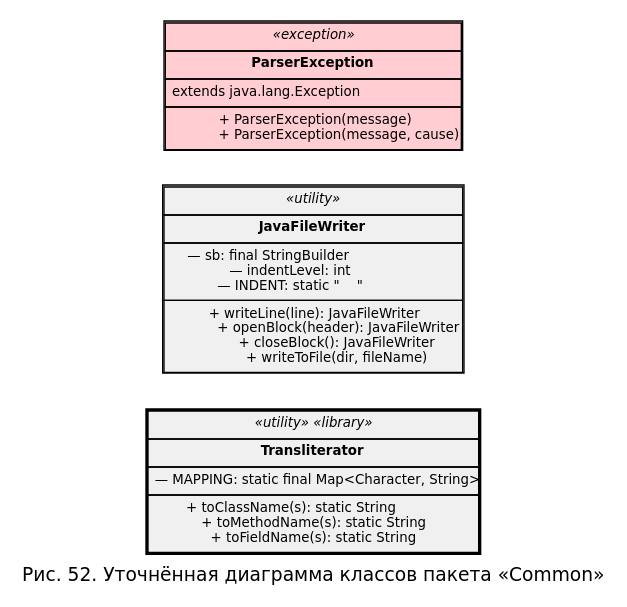
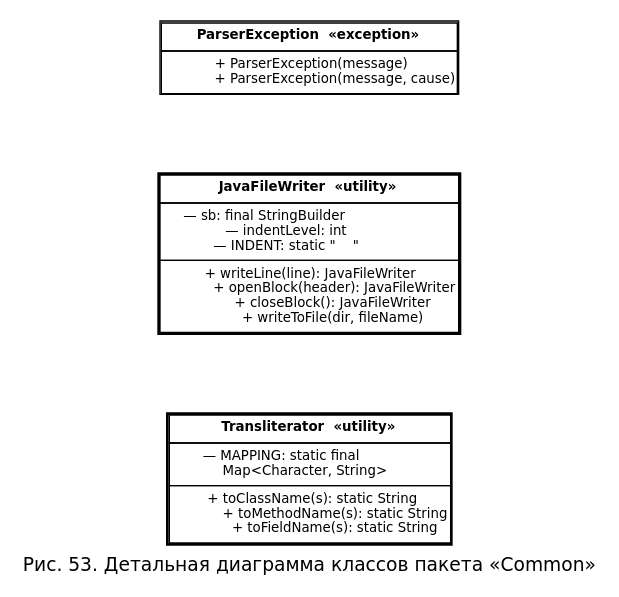
One commit to nastolbov/AutoTestGeneratorUpdate changed the diagram in diagrams/cls_common_detail.dot. Above: the diagram before and after it, drawn with Graphviz. The commit also changed 37 other files, not shown here.

```diff
--- a/diagrams/cls_common_detail.dot
+++ b/diagrams/cls_common_detail.dot
@@ -1,35 +1,29 @@
-digraph ClsCommon {
-    rankdir=LR;
-    fontname="DejaVu Sans";
-    label="Рис. 52. Уточнённая диаграмма классов пакета «Common»";
-    labelloc="b";
-    fontsize=14;
-
+digraph CD {
+    rankdir=LR; fontname="DejaVu Sans"; fontsize=14;
+    label="Рис. 53. Детальная диаграмма классов пакета «Common»"; labelloc=b;
+    nodesep=0.7;
     node [fontname="DejaVu Sans", fontsize=10, shape=plaintext];
 
-    Transliterator [label=<<TABLE BORDER="2" CELLBORDER="1" CELLSPACING="0" CELLPADDING="4" BGCOLOR="#F0F0F0">
-        <TR><TD><I>«utility» «library»</I></TD></TR>
-        <TR><TD><B>Transliterator</B></TD></TR>
-        <TR><TD ALIGN="LEFT">— MAPPING: static final Map&lt;Character, String&gt;</TD></TR>
+    Transl [label=<<TABLE BORDER="2" CELLBORDER="1" CELLSPACING="0" CELLPADDING="4" BGCOLOR="white">
+        <TR><TD><B>Transliterator  «utility»</B></TD></TR>
+        <TR><TD ALIGN="LEFT">— MAPPING: static final<BR/>
+            Map&lt;Character, String&gt;</TD></TR>
         <TR><TD ALIGN="LEFT">+ toClassName(s): static String<BR/>
             + toMethodName(s): static String<BR/>
             + toFieldName(s): static String</TD></TR></TABLE>>];
 
-    JavaFileWriter [label=<<TABLE BORDER="1" CELLBORDER="1" CELLSPACING="0" CELLPADDING="4" BGCOLOR="#F0F0F0">
-        <TR><TD><I>«utility»</I></TD></TR>
-        <TR><TD><B>JavaFileWriter</B></TD></TR>
+    JFW [label=<<TABLE BORDER="2" CELLBORDER="1" CELLSPACING="0" CELLPADDING="4" BGCOLOR="white">
+        <TR><TD><B>JavaFileWriter  «utility»</B></TD></TR>
         <TR><TD ALIGN="LEFT">— sb: final StringBuilder<BR/>
             — indentLevel: int<BR/>
             — INDENT: static "    "</TD></TR>
         <TR><TD ALIGN="LEFT">+ writeLine(line): JavaFileWriter<BR/>
             + openBlock(header): JavaFileWriter<BR/>
             + closeBlock(): JavaFileWriter<BR/>
             + writeToFile(dir, fileName)</TD></TR></TABLE>>];
 
-    ParserException [label=<<TABLE BORDER="1" CELLBORDER="1" CELLSPACING="0" CELLPADDING="4" BGCOLOR="#FFCDD2">
-        <TR><TD><I>«exception»</I></TD></TR>
-        <TR><TD><B>ParserException</B></TD></TR>
-        <TR><TD ALIGN="LEFT">extends java.lang.Exception</TD></TR>
+    PE [label=<<TABLE BORDER="1" CELLBORDER="1" CELLSPACING="0" CELLPADDING="4" BGCOLOR="white">
+        <TR><TD><B>ParserException  «exception»</B></TD></TR>
         <TR><TD ALIGN="LEFT">+ ParserException(message)<BR/>
             + ParserException(message, cause)</TD></TR></TABLE>>];
 }
```
